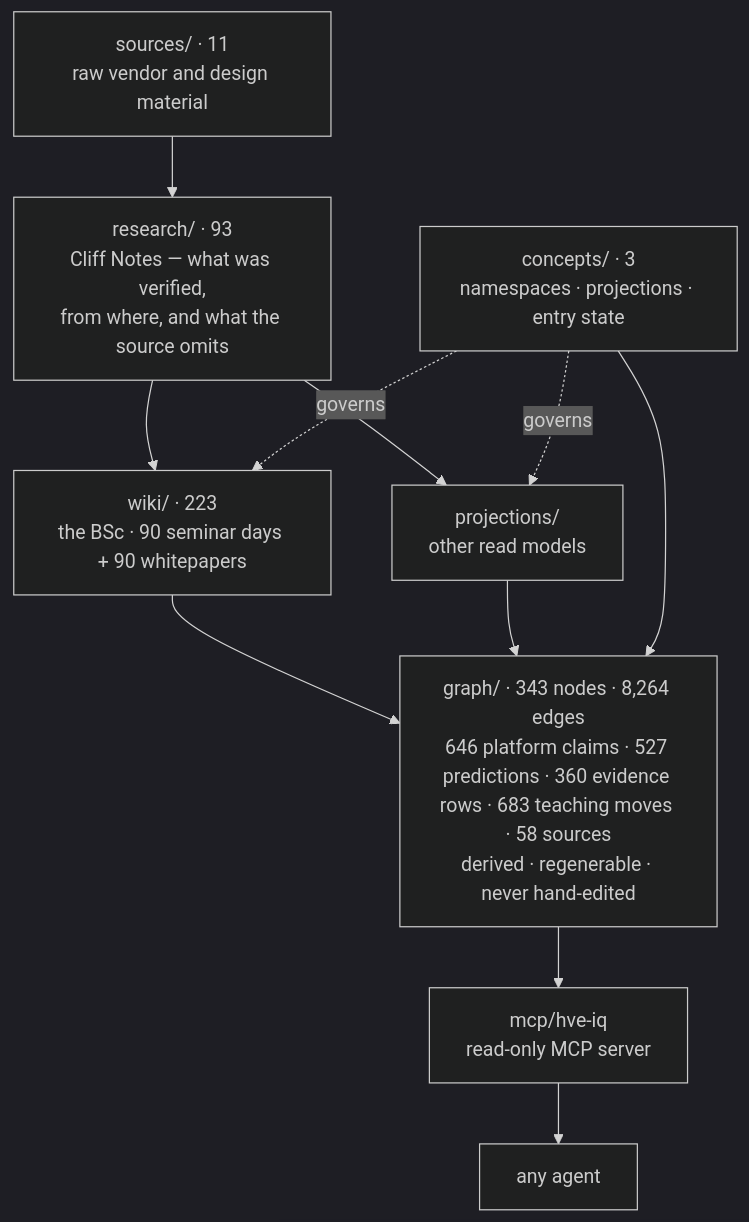
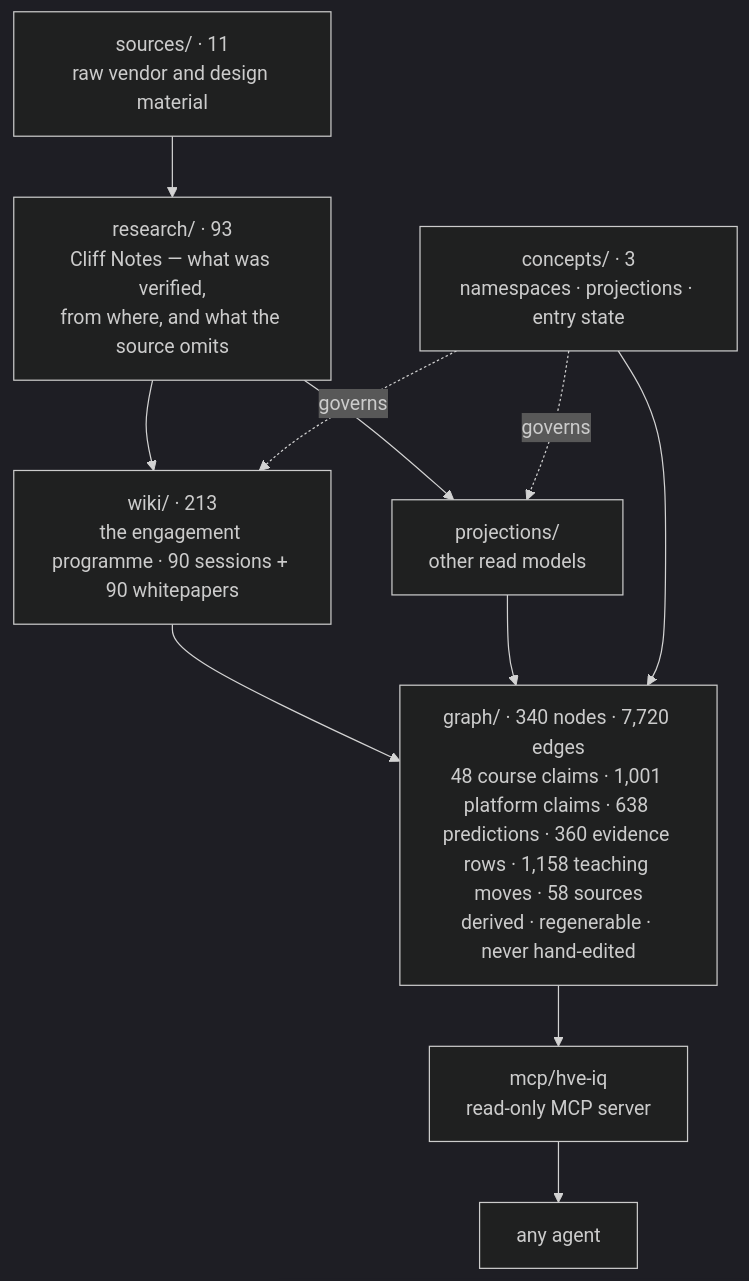
Before and after one commit to venturemavenwill/high-velocity-engineering: the diagram in README.md, drawn with Mermaid (dark theme). The commit also changed other lines of this file and 113 other files, not shown here.

````diff
--- a/README.md
+++ b/README.md
@@ -13,14 +13,14 @@
 ```mermaid
 flowchart TD
   S["sources/ · 11<br/>raw vendor and design material"] --> R
   R["research/ · 93<br/>Cliff Notes — what was verified,<br/>from where, and what the source omits"] --> W
   R --> P
-  W["wiki/ · 223<br/>the BSc · 90 seminar days + 90 whitepapers"]
+  W["wiki/ · 213<br/>the engagement programme · 90 sessions + 90 whitepapers"]
   P["projections/<br/>other read models"]
   C["concepts/ · 3<br/>namespaces · projections · entry state"] -.governs.-> W
   C -.governs.-> P
   W --> G
   P --> G
   C --> G
-  G["graph/ · 343 nodes · 8,264 edges<br/>646 platform claims · 527 predictions · 360 evidence rows · 683 teaching moves · 58 sources<br/>derived · regenerable · never hand-edited"] --> M["mcp/hve-iq<br/>read-only MCP server"] --> A["any agent"]
+  G["graph/ · 340 nodes · 7,720 edges<br/>48 course claims · 1,001 platform claims · 638 predictions · 360 evidence rows · 1,158 teaching moves · 58 sources<br/>derived · regenerable · never hand-edited"] --> M["mcp/hve-iq<br/>read-only MCP server"] --> A["any agent"]
 ```
````
